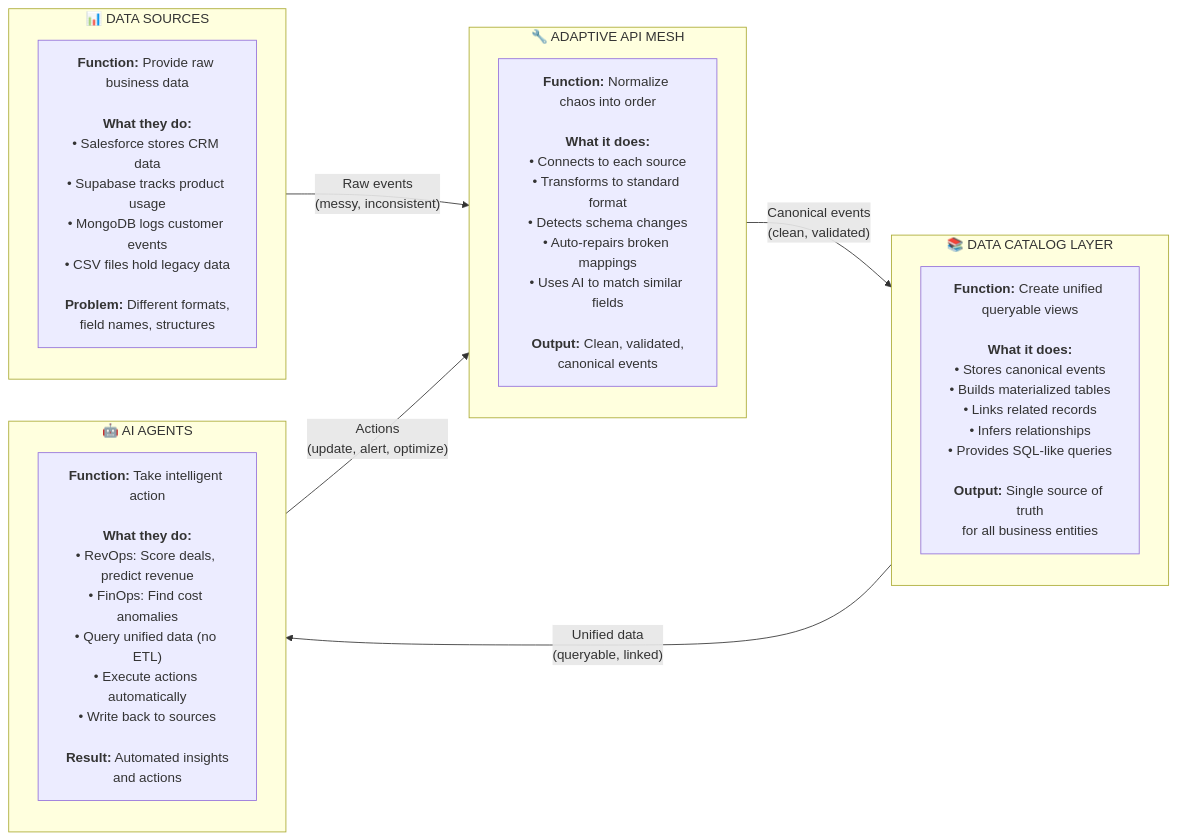
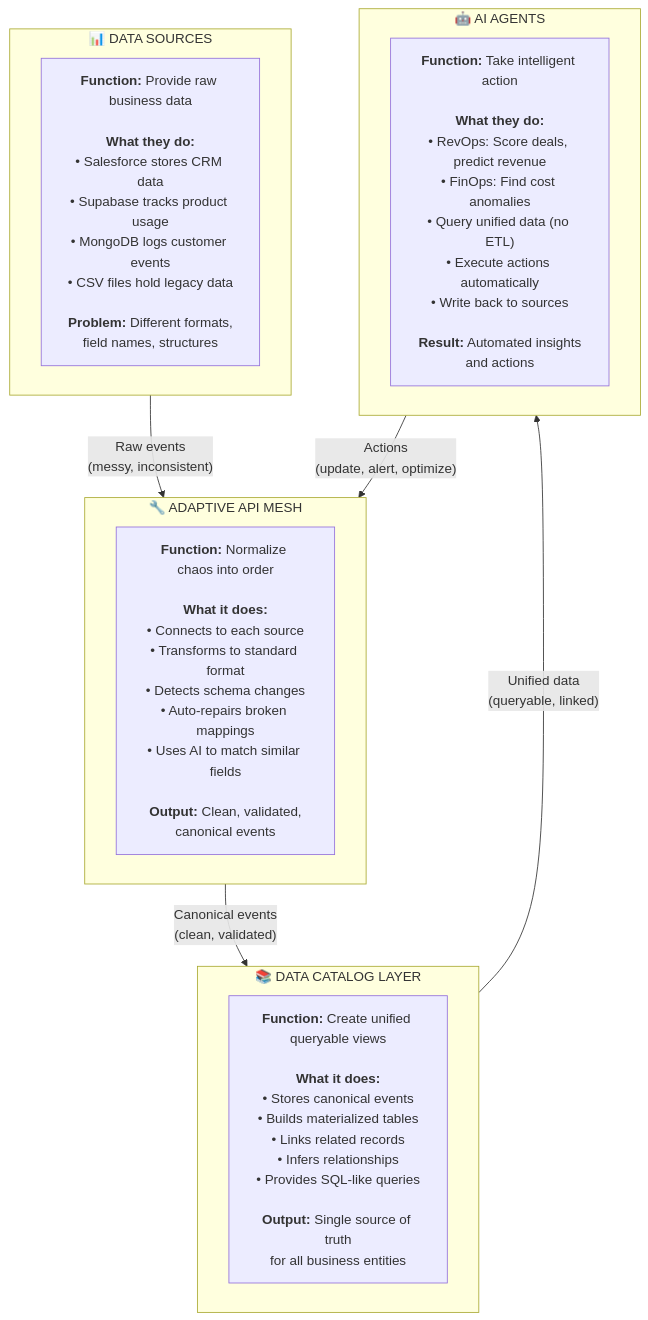
Before and after one commit to ilyacantor/autonomos-platform: the first of 9 diagrams in ARCHITECTURE.md, drawn with Mermaid. The commit also changed 1 other file, not shown here.

Commit message:
Rearrange diagram elements to improve visual flow and hierarchy
Update Mermaid diagram syntax in ARCHITECTURE.md and static/architecture.html from `flowchart LR` to `flowchart TB` and adjust subgraph directions to achieve the requested visual layout changes.

Replit-Commit-Author: Agent
Replit-Commit-Session-Id: 6cc70149-c85b-413a-8454-6647372f65e7
Replit-Commit-Checkpoint-Type: full_checkpoint
Replit-Commit-Event-Id: 71cdca48-92f3-4148-b0c1-7d00b360e2fd
Replit-Commit-Screenshot-Url: https://storage.googleapis.com/screenshot-production-us-central1/59992b0f-c799-48fb-8cd6-e1dedf18b684/6cc70149-c85b-413a-8454-6647372f65e7/S7hBo2T

````diff
--- a/ARCHITECTURE.md
+++ b/ARCHITECTURE.md
@@ -21,27 +21,23 @@
 ```mermaid
-flowchart LR
+flowchart TB
     subgraph DS["📊 DATA SOURCES"]
-        direction TB
         DS_DESC["<b>Function:</b> Provide raw business data<br/><br/><b>What they do:</b><br/>• Salesforce stores CRM data<br/>• Supabase tracks product usage<br/>• MongoDB logs customer events<br/>• CSV files hold legacy data<br/><br/><b>Problem:</b> Different formats,<br/>field names, structures"]
     end
     
     subgraph AAM["🔧 ADAPTIVE API MESH"]
-        direction TB
         AAM_DESC["<b>Function:</b> Normalize chaos into order<br/><br/><b>What it does:</b><br/>• Connects to each source<br/>• Transforms to standard format<br/>• Detects schema changes<br/>• Auto-repairs broken mappings<br/>• Uses AI to match similar fields<br/><br/><b>Output:</b> Clean, validated,<br/>canonical events"]
     end
     
     subgraph DCL["📚 DATA CATALOG LAYER"]
-        direction TB
         DCL_DESC["<b>Function:</b> Create unified queryable views<br/><br/><b>What it does:</b><br/>• Stores canonical events<br/>• Builds materialized tables<br/>• Links related records<br/>• Infers relationships<br/>• Provides SQL-like queries<br/><br/><b>Output:</b> Single source of truth<br/>for all business entities"]
     end
     
     subgraph AGENTS["🤖 AI AGENTS"]
-        direction TB
         AGENTS_DESC["<b>Function:</b> Take intelligent action<br/><br/><b>What they do:</b><br/>• RevOps: Score deals, predict revenue<br/>• FinOps: Find cost anomalies<br/>• Query unified data (no ETL)<br/>• Execute actions automatically<br/>• Write back to sources<br/><br/><b>Result:</b> Automated insights<br/>and actions"]
     end
     
     DS -->|"Raw events<br/>(messy, inconsistent)"| AAM
     AAM -->|"Canonical events<br/>(clean, validated)"| DCL
     DCL -->|"Unified data<br/>(queryable, linked)"| AGENTS
     AGENTS -->|"Actions<br/>(update, alert, optimize)"| AAM
 ```
````
